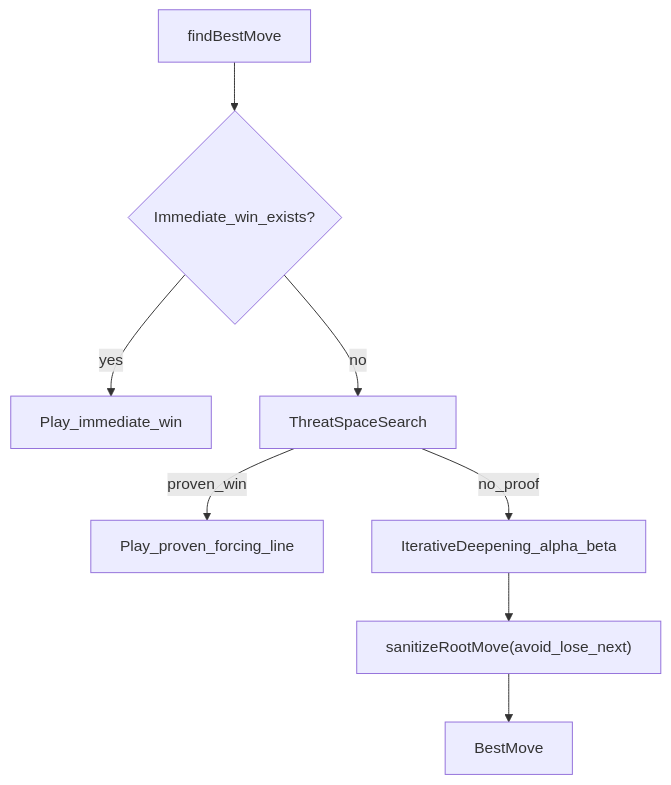
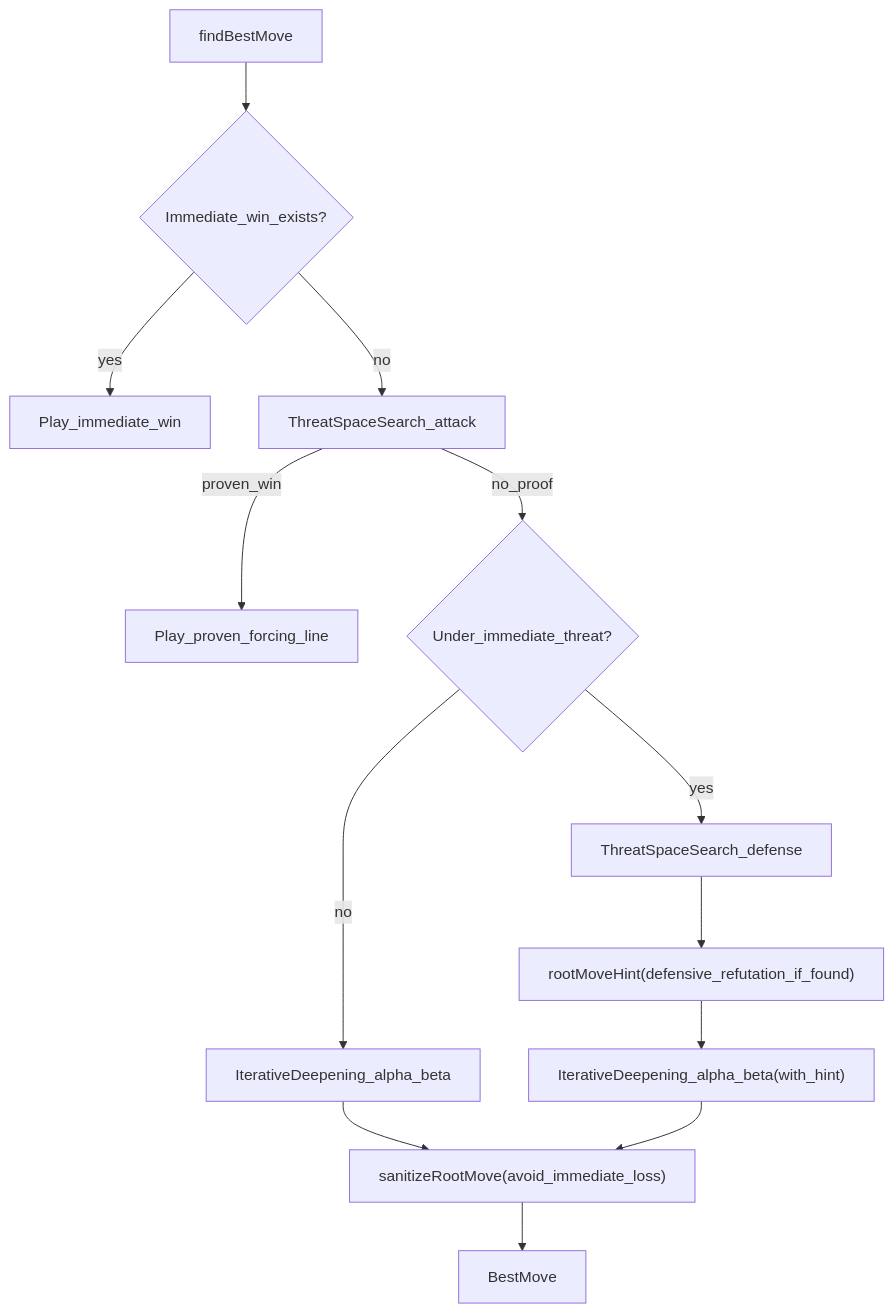
The eighth of 12 diagrams in docs/ai_movement_strategy.md (qb20nh/grr), drawn with Mermaid before and after one commit. The commit also changed other lines of this file and 27 other files, not shown here.

````diff
--- a/docs/ai_movement_strategy.md
+++ b/docs/ai_movement_strategy.md
@@ -152,10 +170,15 @@
 ```mermaid
 flowchart TD
   root["findBestMove"] --> quickWin{"Immediate_win_exists?"}
   quickWin -->|yes| playWin["Play_immediate_win"]
-  quickWin -->|no| tss["ThreatSpaceSearch"]
-  tss -->|proven_win| playTss["Play_proven_forcing_line"]
-  tss -->|no_proof| deep["IterativeDeepening_alpha_beta"]
-  deep --> safe["sanitizeRootMove(avoid_lose_next)"]
+  quickWin -->|no| tssA["ThreatSpaceSearch_attack"]
+  tssA -->|proven_win| playTss["Play_proven_forcing_line"]
+  tssA -->|no_proof| threat{"Under_immediate_threat?"}
+  threat -->|yes| tssD["ThreatSpaceSearch_defense"]
+  tssD --> hint["rootMoveHint(defensive_refutation_if_found)"]
+  hint --> deepDef["IterativeDeepening_alpha_beta(with_hint)"]
+  threat -->|no| deep["IterativeDeepening_alpha_beta"]
+  deep --> safe["sanitizeRootMove(avoid_immediate_loss)"]
+  deepDef --> safe
   safe --> out["BestMove"]
 ```
````
